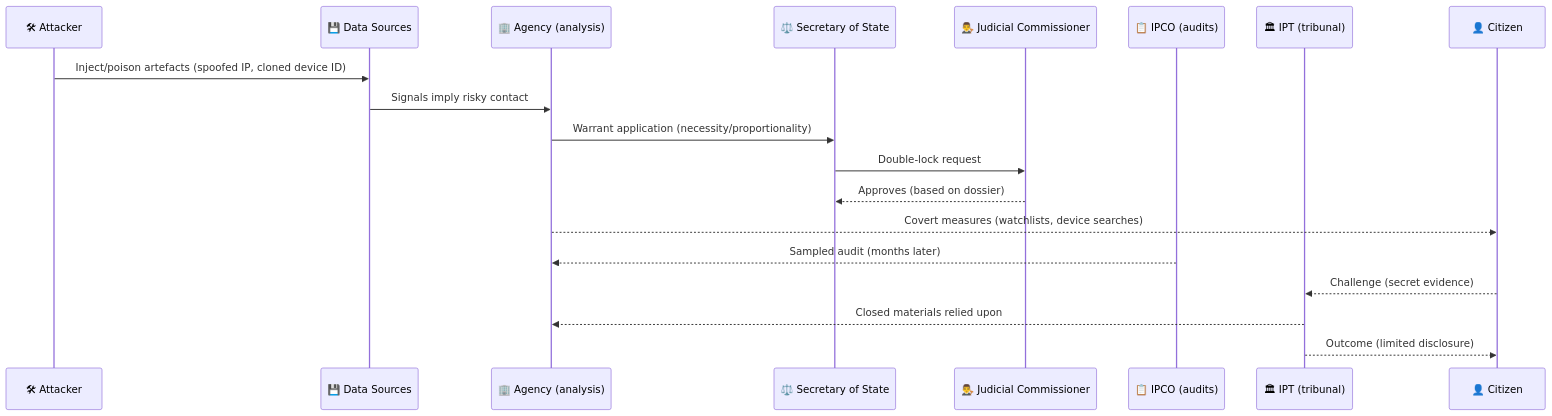
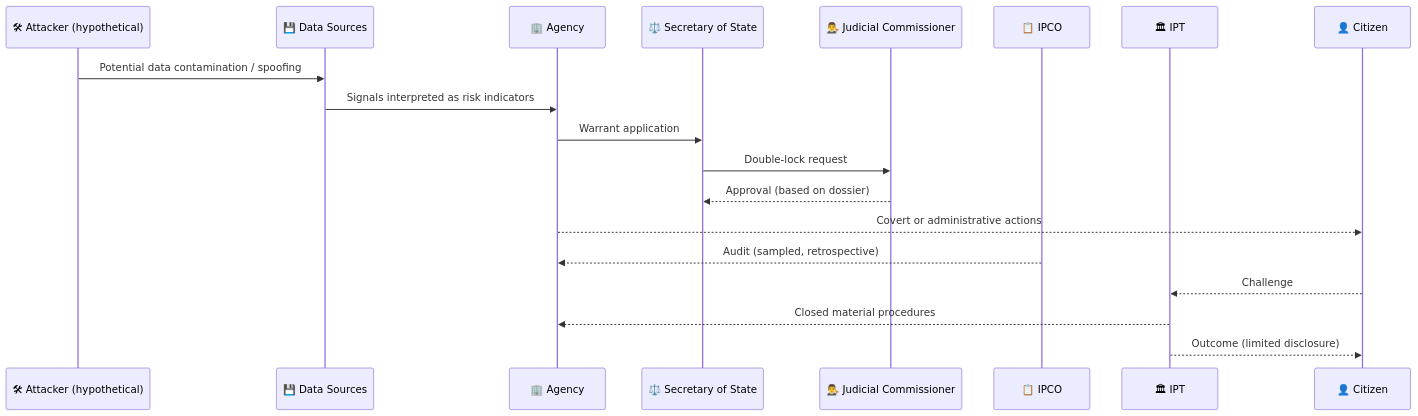
The second of 4 diagrams in Disruption_Kit/Big_Picture_Protocols/🦕_Elder_Influencers/🕸️_World_Webs/⚖️_surveillance_osa_citizen_forking_meganode.md (josefsbreakfast/Polaris-Protocol), drawn with Mermaid before and after one commit. The commit also changed other lines of this file, not shown here.

````diff
--- a/Disruption_Kit/Big_Picture_Protocols/🦕_Elder_Influencers/🕸️_World_Webs/⚖️_surveillance_osa_citizen_forking_meganode.md
+++ b/Disruption_Kit/Big_Picture_Protocols/🦕_Elder_Influencers/🕸️_World_Webs/⚖️_surveillance_osa_citizen_forking_meganode.md
@@ -75,22 +77,22 @@
 ```mermaid
 sequenceDiagram
-    participant A as 🛠 Attacker
+    participant A as 🛠 Attacker (hypothetical)
     participant DS as 💾 Data Sources
-    participant AG as 🏢 Agency (analysis)
+    participant AG as 🏢 Agency
     participant MS as ⚖️ Secretary of State
     participant JC as 👨‍⚖️ Judicial Commissioner
-    participant IPCO as 📋 IPCO (audits)
-    participant IPT as 🏛 IPT (tribunal)
+    participant IPCO as 📋 IPCO
+    participant IPT as 🏛 IPT
     participant C as 👤 Citizen
 
-    A->>DS: Inject/poison artefacts (spoofed IP, cloned device ID)
-    DS->>AG: Signals imply risky contact
-    AG->>MS: Warrant application (necessity/proportionality)
+    A->>DS: Potential data contamination / spoofing
+    DS->>AG: Signals interpreted as risk indicators
+    AG->>MS: Warrant application
     MS->>JC: Double-lock request
-    JC-->>MS: Approves (based on dossier)
-    AG-->>C: Covert measures (watchlists, device searches)
-    IPCO-->>AG: Sampled audit (months later)
-    C-->>IPT: Challenge (secret evidence)
-    IPT-->>AG: Closed materials relied upon
+    JC-->>MS: Approval (based on dossier)
+    AG-->>C: Covert or administrative actions
+    IPCO-->>AG: Audit (sampled, retrospective)
+    C-->>IPT: Challenge
+    IPT-->>AG: Closed material procedures
     IPT-->>C: Outcome (limited disclosure)
 ```
````
